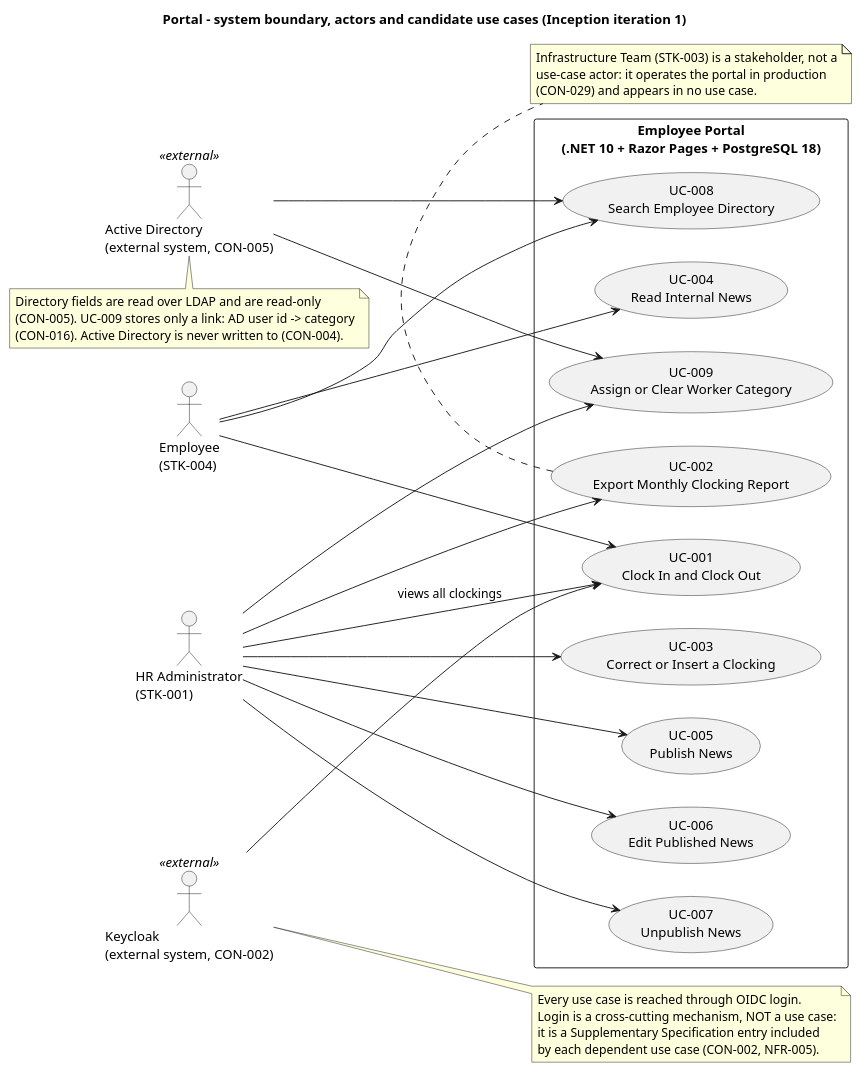
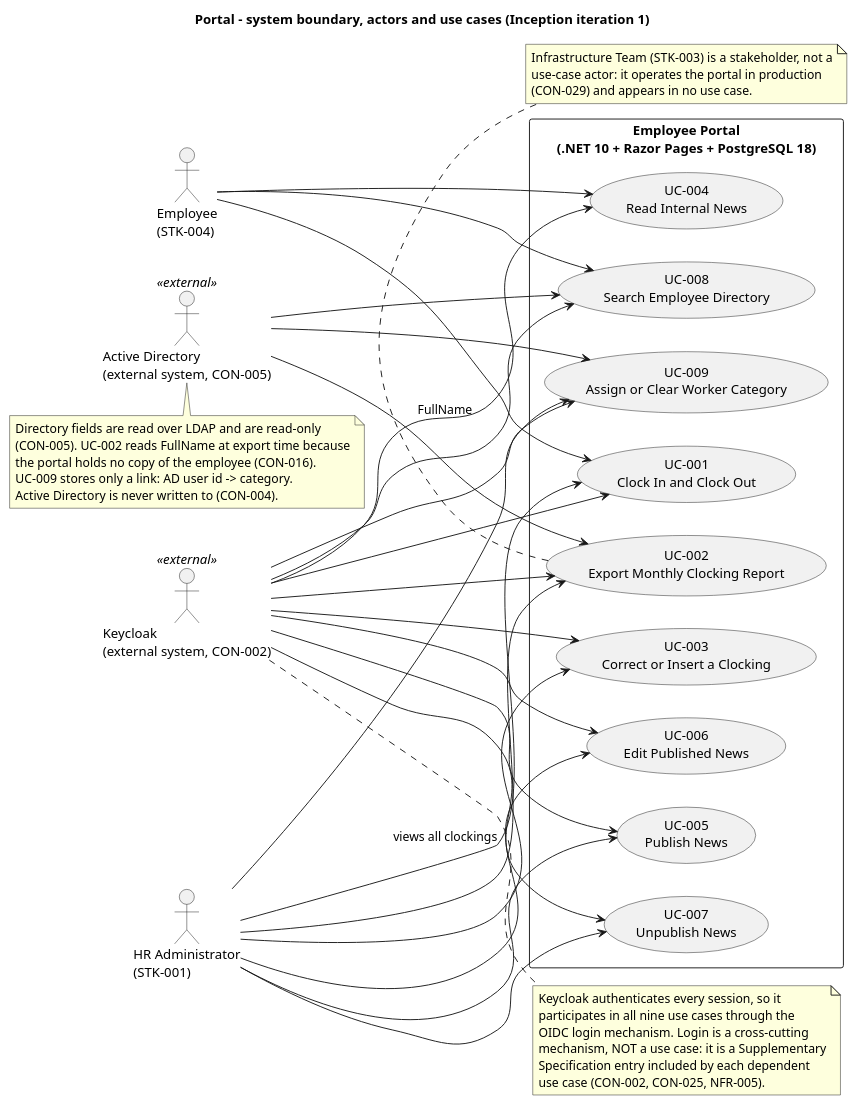
One commit to banense-test/portal changed the first of 3 diagrams in docs/artifacts/requirements/use-case-model.md. Above: the diagram before and after it, drawn with PlantUML. The commit also changed other lines of this file, not shown here.

Commit message:
System Analyst [I1]: upsert Use-Case Model
[skip ci]

````diff
--- a/docs/artifacts/requirements/use-case-model.md
+++ b/docs/artifacts/requirements/use-case-model.md
@@ -11,57 +10,70 @@
 ```plantuml
-@startuml Portal_Vision_UC
-title Portal - system boundary, actors and candidate use cases (Inception iteration 1)
+@startuml Portal_UC_Model
+title Portal - system boundary, actors and use cases (Inception iteration 1)
 left to right direction
 skinparam packageStyle rectangle
 
 actor "Employee\n(STK-004)" as EMP
 actor "HR Administrator\n(STK-001)" as HR
 actor "Keycloak\n(external system, CON-002)" as KC <<external>>
 actor "Active Directory\n(external system, CON-005)" as AD <<external>>
 
 rectangle "Employee Portal\n(.NET 10 + Razor Pages + PostgreSQL 18)" {
   usecase "UC-001\nClock In and Clock Out" as UC001
   usecase "UC-002\nExport Monthly Clocking Report" as UC002
   usecase "UC-003\nCorrect or Insert a Clocking" as UC003
   usecase "UC-004\nRead Internal News" as UC004
   usecase "UC-005\nPublish News" as UC005
   usecase "UC-006\nEdit Published News" as UC006
   usecase "UC-007\nUnpublish News" as UC007
   usecase "UC-008\nSearch Employee Directory" as UC008
   usecase "UC-009\nAssign or Clear Worker Category" as UC009
 }
 
 EMP --> UC001
 EMP --> UC004
 EMP --> UC008
+HR --> UC001 : views all clockings
 HR --> UC002
 HR --> UC003
 HR --> UC005
 HR --> UC006
 HR --> UC007
 HR --> UC009
-HR --> UC001 : views all clockings
 KC --> UC001
+KC --> UC002
+KC --> UC003
+KC --> UC004
+KC --> UC005
+KC --> UC006
+KC --> UC007
+KC --> UC008
+KC --> UC009
+AD --> UC002 : FullName
 AD --> UC008
 AD --> UC009
 
 note right of KC
-  Every use case is reached through OIDC login.
-  Login is a cross-cutting mechanism, NOT a use case:
-  it is a Supplementary Specification entry included
-  by each dependent use case (CON-002, NFR-005).
+  Keycloak authenticates every session, so it
+  participates in all nine use cases through the
+  OIDC login mechanism. Login is a cross-cutting
+  mechanism, NOT a use case: it is a Supplementary
+  Specification entry included by each dependent
+  use case (CON-002, CON-025, NFR-005).
 end note
 
 note bottom of AD
   Directory fields are read over LDAP and are read-only
-  (CON-005). UC-009 stores only a link: AD user id -> category
-  (CON-016). Active Directory is never written to (CON-004).
+  (CON-005). UC-002 reads FullName at export time because
+  the portal holds no copy of the employee (CON-016).
+  UC-009 stores only a link: AD user id -> category.
+  Active Directory is never written to (CON-004).
 end note
 
 note bottom of UC002
   Infrastructure Team (STK-003) is a stakeholder, not a
   use-case actor: it operates the portal in production
   (CON-029) and appears in no use case.
 end note
 @enduml
 ```
````
